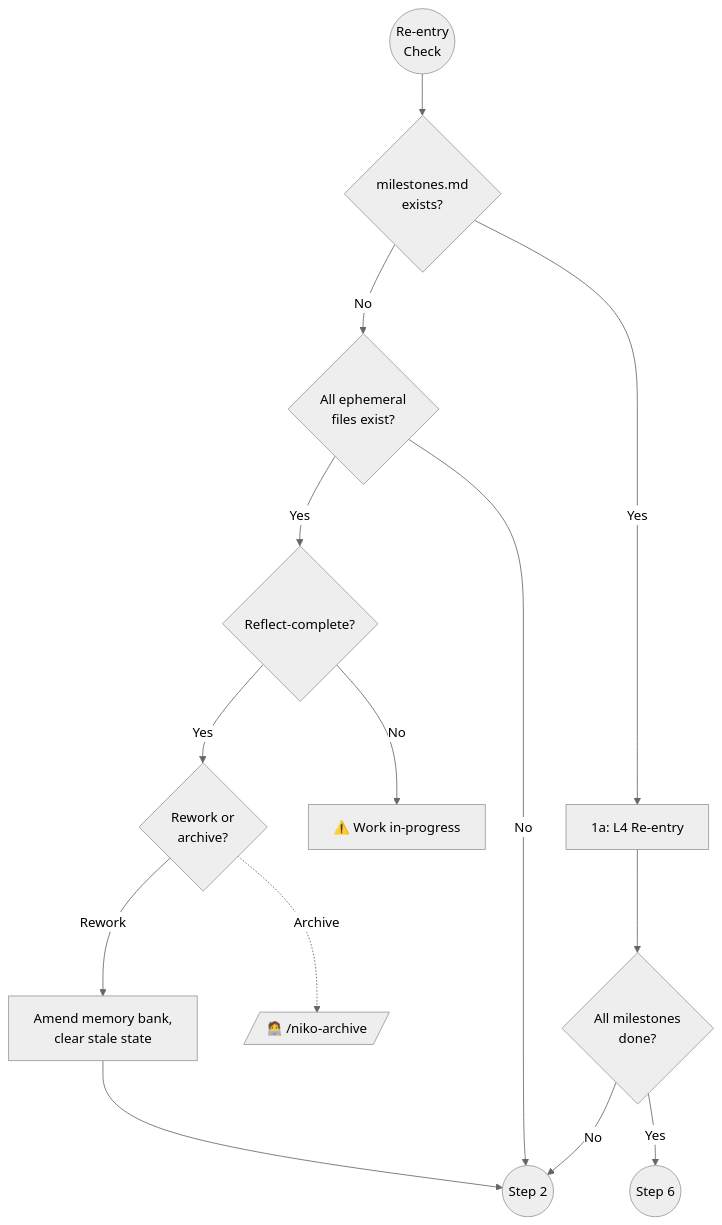
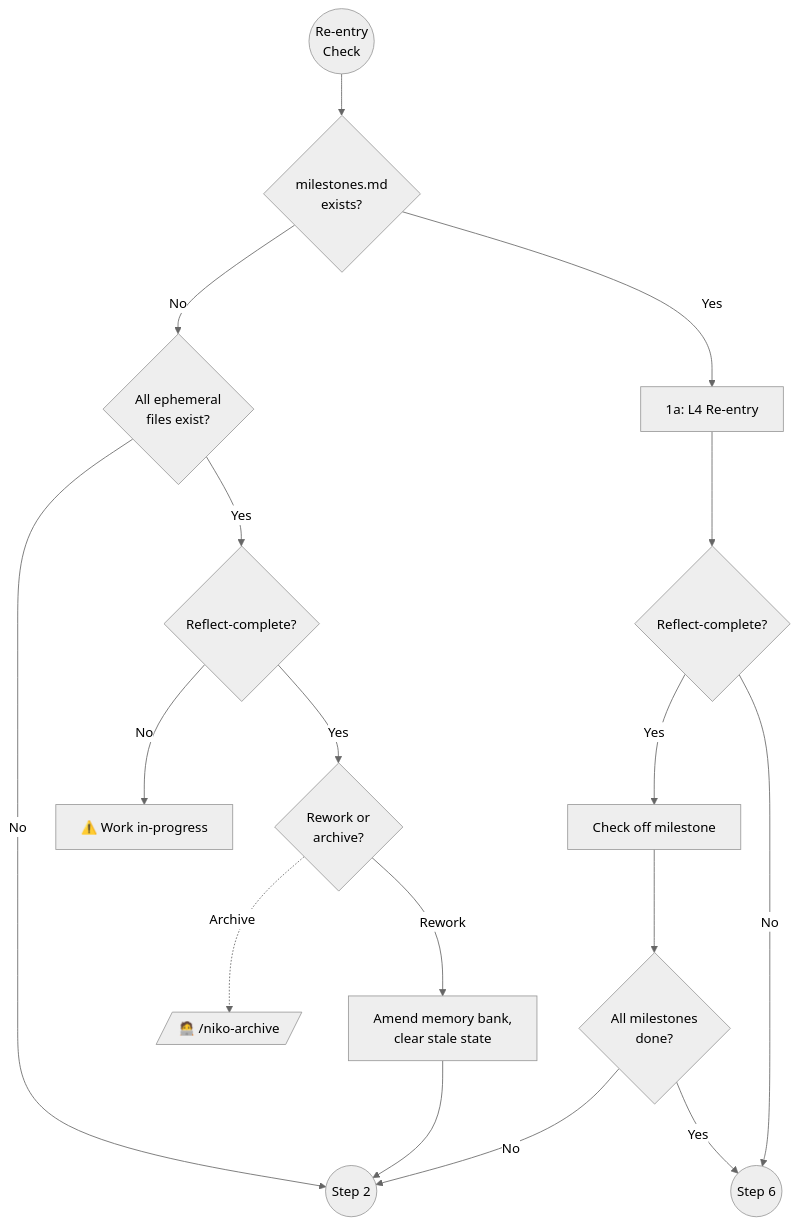
One commit to Texarkanine/nervouscsstem changed the first of 2 diagrams in .cursor/rules/shared/niko/core/complexity-analysis.mdc. Above: the diagram before and after it, drawn with Mermaid (neutral theme). The commit also changed other lines of this file and 8 other files, not shown here.

````diff
--- a/.cursor/rules/shared/niko/core/complexity-analysis.mdc
+++ b/.cursor/rules/shared/niko/core/complexity-analysis.mdc
@@ -13,16 +13,19 @@
 ```mermaid
 graph TD
     Start(("Re-entry<br>Check")) --> M{"milestones.md<br>exists?"}
     M -->|"No"| E{"All ephemeral<br>files exist?"}
     M -->|"Yes"| L4["1a: L4 Re-entry"]
-    L4 --> AllDone{"All milestones<br>done?"}
+    L4 --> RC2{"Reflect-complete?"}
+    RC2 -->|"Yes"| CheckOff["Check off milestone"]
+    CheckOff --> AllDone{"All milestones<br>done?"}
+    AllDone -->|"No"| Step2
     AllDone -->|"Yes"| Step6(("Step 6"))
-    AllDone -->|"No"| Step2
+    RC2 -->|"No"| Step6
     E -->|"No"| Step2(("Step 2"))
     E -->|"Yes"| RC{"Reflect-complete?"}
     RC -->|"No"| Warn["⚠️ Work in-progress"]
     RC -->|"Yes"| Ask{"Rework or<br>archive?"}
     Ask -.->|"Archive"| Archive[/"🧑‍💻 /niko-archive"/]
     Ask -->|"Rework"| Rework["Amend memory bank,<br>clear stale state"]
     Rework --> Step2
 ```
````
